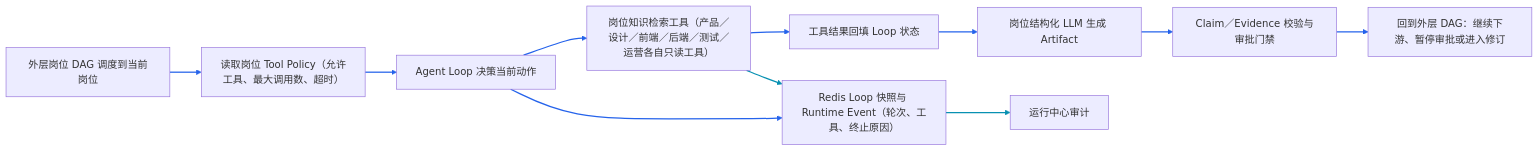
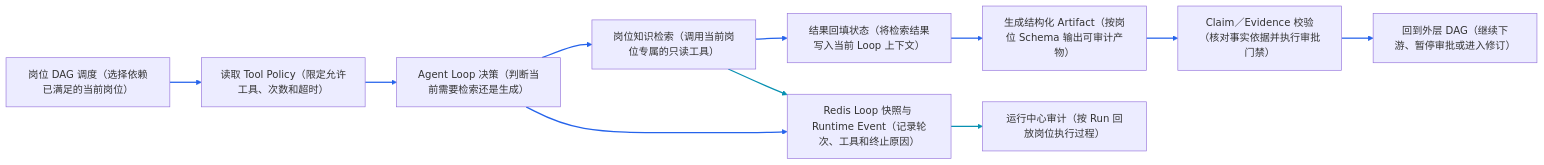
Before and after one commit to monstereatai/RAG: the ninth of 29 diagrams in docs/interview/功能步骤流程.md, drawn with Mermaid. The commit also changed other lines of this file and 1 other file, not shown here.

````diff
--- a/docs/interview/功能步骤流程.md
+++ b/docs/interview/功能步骤流程.md
@@ -442,15 +447,15 @@
 ```mermaid
 flowchart LR
-  A[外层岗位 DAG 调度到当前岗位] --> B[读取岗位 Tool Policy（允许工具、最大调用数、超时）]
-  B --> C[Agent Loop 决策当前动作]
-  C --> D[岗位知识检索工具（产品／设计／前端／后端／测试／运营各自只读工具）]
-  D --> E[工具结果回填 Loop 状态]
-  E --> F[岗位结构化 LLM 生成 Artifact]
-  F --> G[Claim／Evidence 校验与审批门禁]
-  G --> H[回到外层 DAG：继续下游、暂停审批或进入修订]
-  C --> I[Redis Loop 快照与 Runtime Event（轮次、工具、终止原因）]
+  A[岗位 DAG 调度（选择依赖已满足的当前岗位）] --> B[读取 Tool Policy（限定允许工具、次数和超时）]
+  B --> C[Agent Loop 决策（判断当前需要检索还是生成）]
+  C --> D[岗位知识检索（调用当前岗位专属的只读工具）]
+  D --> E[结果回填状态（将检索结果写入当前 Loop 上下文）]
+  E --> F[生成结构化 Artifact（按岗位 Schema 输出可审计产物）]
+  F --> G[Claim／Evidence 校验（核对事实依据并执行审批门禁）]
+  G --> H[回到外层 DAG（继续下游、暂停审批或进入修订）]
+  C --> I[Redis Loop 快照与 Runtime Event（记录轮次、工具和终止原因）]
   D --> I
-  I --> J[运行中心审计]
+  I --> J[运行中心审计（按 Run 回放岗位执行过程）]
   linkStyle 0,1,2,3,4,5,6,7 stroke:#2563eb,stroke-width:2px
   linkStyle 8,9 stroke:#0891b2,stroke-width:2px
 ```
````
